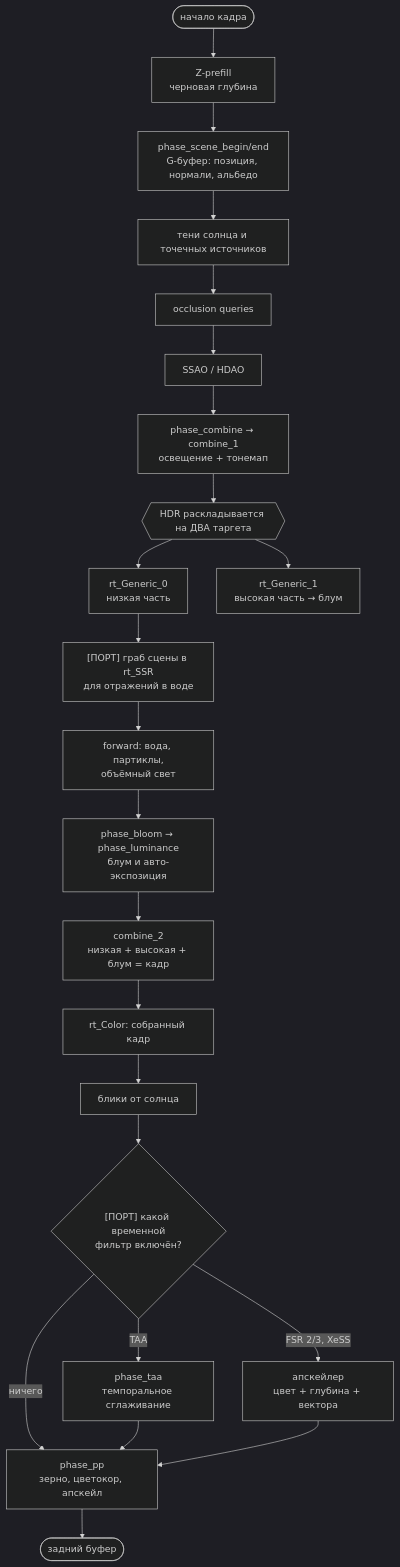
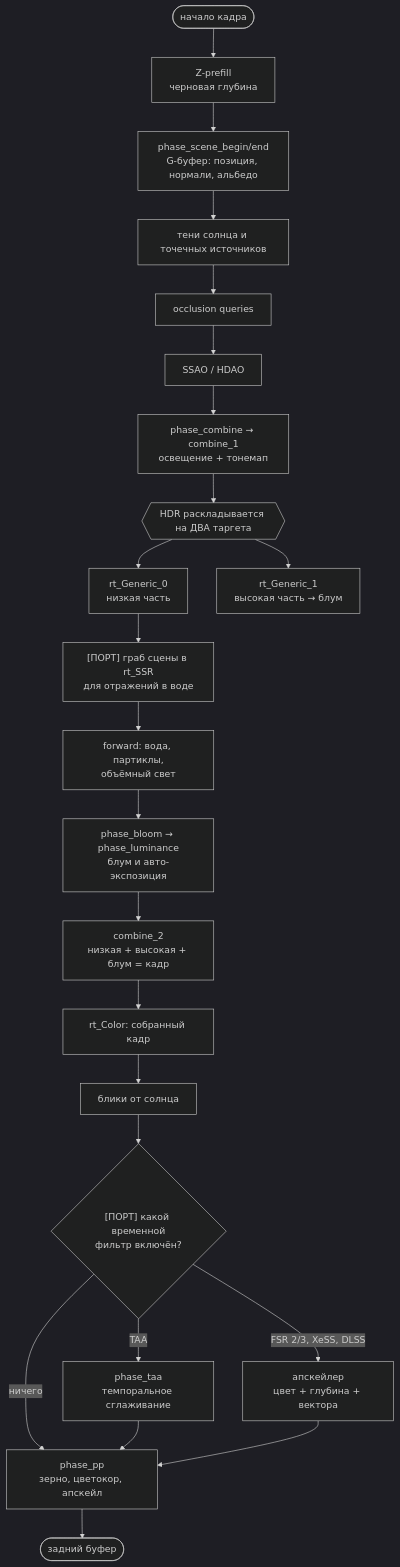
The second of 4 diagrams in da_port/docs/01_ARCHITECTURE.md (DeadAir-x64/DeadAir-Engine-x64-OpenSource), drawn with Mermaid (dark theme) before and after one commit. The commit also changed 5 other files, not shown here.

````diff
--- a/da_port/docs/01_ARCHITECTURE.md
+++ b/da_port/docs/01_ARCHITECTURE.md
@@ -76,27 +76,27 @@
 ```mermaid
 flowchart TD
     START([начало кадра]) --> ZFILL[Z-prefill<br/>черновая глубина]
     ZFILL --> GBUF["phase_scene_begin/end<br/>G-буфер: позиция, нормали, альбедо"]
     GBUF --> SMAP[тени солнца и точечных источников]
     SMAP --> OCCQ[occlusion queries]
     OCCQ --> SSAO[SSAO / HDAO]
     SSAO --> COMBINE1["phase_combine → combine_1<br/>освещение + тонемап"]
 
     COMBINE1 --> SPLIT{{"HDR раскладывается на ДВА таргета"}}
     SPLIT --> G0["rt_Generic_0<br/>низкая часть"]
     SPLIT --> G1["rt_Generic_1<br/>высокая часть → блум"]
 
     G0 --> GRAB["[ПОРТ] граб сцены в rt_SSR<br/>для отражений в воде"]
     GRAB --> FWD["forward: вода, партиклы,<br/>объёмный свет"]
     FWD --> BLOOM[phase_bloom → phase_luminance<br/>блум и авто-экспозиция]
     BLOOM --> COMBINE2["combine_2<br/>низкая + высокая + блум = кадр"]
     COMBINE2 --> RTCOLOR[rt_Color: собранный кадр]
     RTCOLOR --> FLARES[блики от солнца]
     FLARES --> UPS{"[ПОРТ] какой временной<br/>фильтр включён?"}
     UPS -->|TAA| TAA["phase_taa<br/>темпоральное сглаживание"]
-    UPS -->|FSR 2/3, XeSS| FSR["апскейлер<br/>цвет + глубина + вектора"]
+    UPS -->|"FSR 2/3, XeSS, DLSS"| FSR["апскейлер<br/>цвет + глубина + вектора"]
     UPS -->|ничего| PP
     TAA --> PP["phase_pp<br/>зерно, цветокор, апскейл"]
     FSR --> PP
     PP --> BACK([задний буфер])
 ```
````
